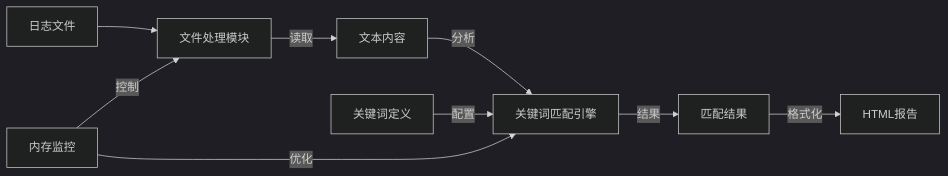
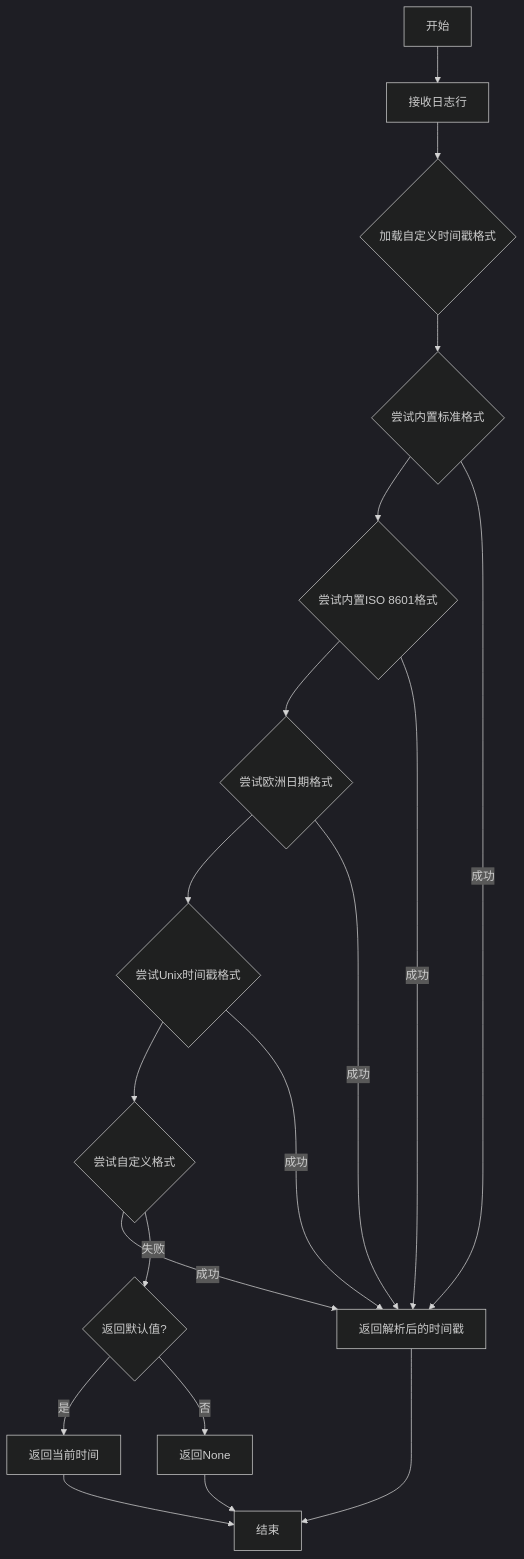
One commit to ashllll/log_hightlight changed the fifth of 5 diagrams in architecture_and_flowchart.md. Above: the diagram before and after it, drawn with Mermaid (dark theme). The commit also changed other lines of this file, not shown here.

Commit message:
更新architecture_and_flowchart.md，增强时间戳处理功能文档

````diff
--- a/architecture_and_flowchart.md
+++ b/architecture_and_flowchart.md
@@ -310,11 +164,24 @@
 ```mermaid
-flowchart LR
-    A[日志文件] --> B[文件处理模块]
-    B --> |读取| C[文本内容]
-    C --> |分析| D[关键词匹配引擎]
-    E[关键词定义] --> |配置| D
-    D --> |结果| F[匹配结果]
-    F --> |格式化| G[HTML报告]
-    H[内存监控] --> |控制| B
-    H --> |优化| D
+flowchart TD
+    A[开始] --> B[接收日志行]
+    B --> C{加载自定义时间戳格式}
+    C --> D{尝试内置标准格式}
+    D --> E{尝试内置ISO 8601格式}
+    E --> F{尝试欧洲日期格式}
+    F --> G{尝试Unix时间戳格式}
+    G --> H{尝试自定义格式}
+    
+    D -->|成功| I[返回解析后的时间戳]
+    E -->|成功| I
+    F -->|成功| I
+    G -->|成功| I
+    H -->|成功| I
+    
+    H -->|失败| J{返回默认值?}
+    J -->|是| K[返回当前时间]
+    J -->|否| L[返回None]
+    
+    K --> M[结束]
+    L --> M
+    I --> M
 ```
````
